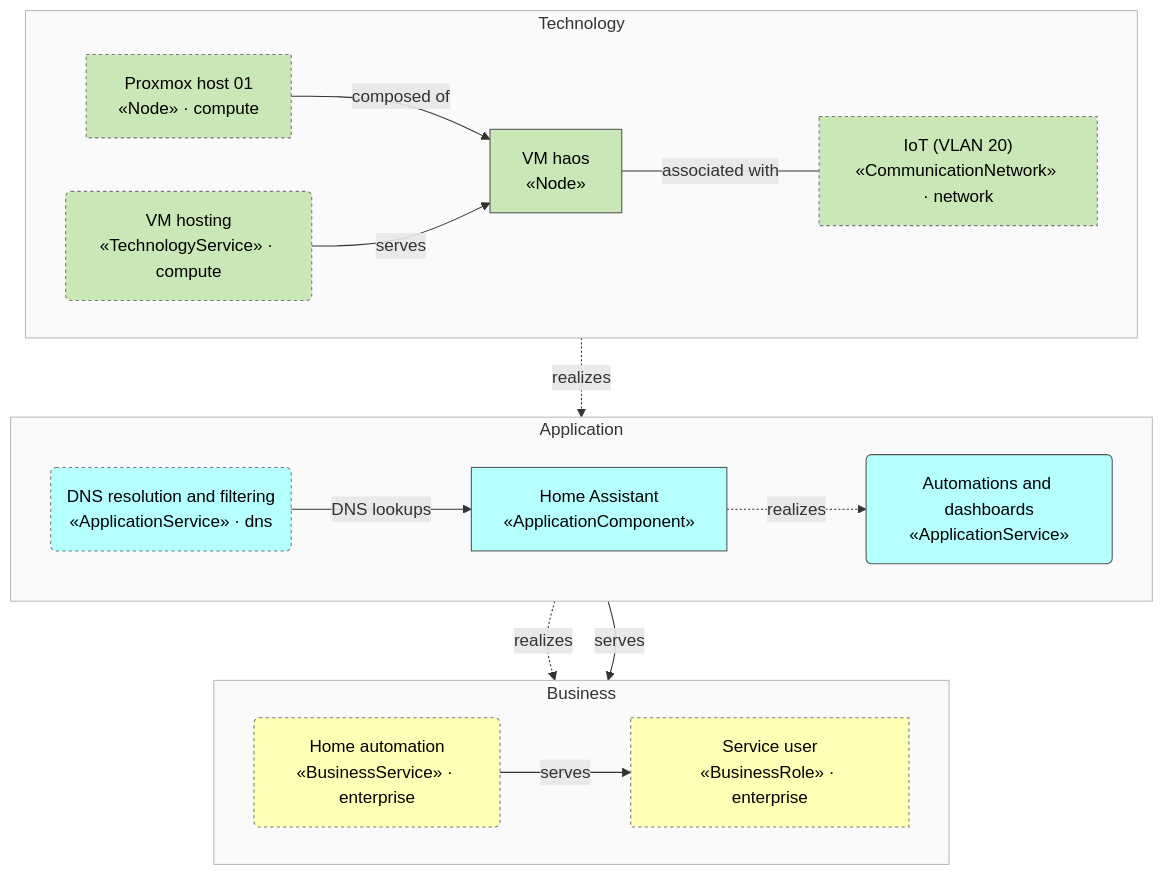
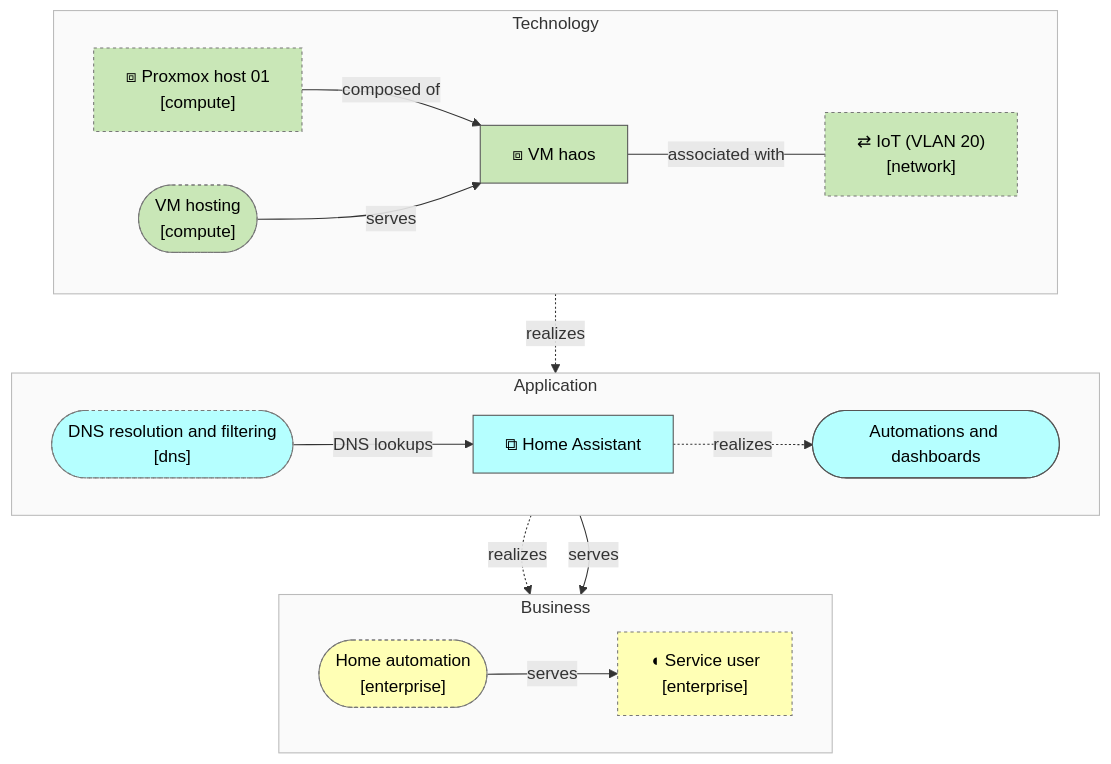
One commit to b-zig/a4m changed the diagram in docs/home-automation/view-overview.md. Above: the diagram before and after it, drawn with Mermaid. The commit also changed other lines of this file and 15 other files, not shown here.

First line of the commit message:
Approximate ArchiMate notation in Mermaid flowcharts

````diff
--- a/docs/home-automation/view-overview.md
+++ b/docs/home-automation/view-overview.md
@@ -6,41 +6,41 @@
 ```mermaid
 flowchart TB
   subgraph layer_business["Business"]
     direction LR
-    enterprise__bus_role_user["Service user<br/>«BusinessRole» · enterprise"]
-    enterprise__bus_svc_automation("Home automation<br/>«BusinessService» · enterprise")
+    enterprise__bus_role_user@{ shape: rect, label: "◖ Service user<br/>[enterprise]" }
+    enterprise__bus_svc_automation@{ shape: stadium, label: "Home automation<br/>[enterprise]" }
   end
   subgraph layer_application["Application"]
     direction LR
-    app_home_assistant["Home Assistant<br/>«ApplicationComponent»"]
-    app_svc_automation("Automations and dashboards<br/>«ApplicationService»")
-    dns__app_svc_dns("DNS resolution and filtering<br/>«ApplicationService» · dns")
+    app_home_assistant@{ shape: rect, label: "⧉ Home Assistant" }
+    app_svc_automation@{ shape: stadium, label: "Automations and dashboards" }
+    dns__app_svc_dns@{ shape: stadium, label: "DNS resolution and filtering<br/>[dns]" }
   end
   subgraph layer_technology["Technology"]
     direction LR
-    tech_vm_haos["VM haos<br/>«Node»"]
-    compute__tech_pve_01["Proxmox host 01<br/>«Node» · compute"]
-    compute__tech_svc_vm_hosting("VM hosting<br/>«TechnologyService» · compute")
-    network__tech_net_iot["IoT (VLAN 20)<br/>«CommunicationNetwork» · network"]
+    tech_vm_haos@{ shape: rect, label: "⧈ VM haos" }
+    compute__tech_pve_01@{ shape: rect, label: "⧈ Proxmox host 01<br/>[compute]" }
+    compute__tech_svc_vm_hosting@{ shape: stadium, label: "VM hosting<br/>[compute]" }
+    network__tech_net_iot@{ shape: rect, label: "⇄ IoT (VLAN 20)<br/>[network]" }
   end
   app_home_assistant -.->|"realizes"| app_svc_automation
   app_svc_automation -.->|"realizes"| enterprise__bus_svc_automation
   app_svc_automation -->|"serves"| enterprise__bus_role_user
   dns__app_svc_dns -->|"DNS lookups"| app_home_assistant
   tech_vm_haos -.->|"realizes"| app_home_assistant
   compute__tech_pve_01 -->|"composed of"| tech_vm_haos
   compute__tech_svc_vm_hosting -->|"serves"| tech_vm_haos
   tech_vm_haos ---|"associated with"| network__tech_net_iot
   enterprise__bus_svc_automation -->|"serves"| enterprise__bus_role_user
   classDef business fill:#FFFFB5,stroke:#555,color:#000
   class enterprise__bus_role_user,enterprise__bus_svc_automation business
   style layer_business fill:#fafafa,stroke:#bbb
   classDef application fill:#B5FFFF,stroke:#555,color:#000
   class app_home_assistant,app_svc_automation,dns__app_svc_dns application
   style layer_application fill:#fafafa,stroke:#bbb
   classDef technology fill:#C9E7B7,stroke:#555,color:#000
   class tech_vm_haos,compute__tech_pve_01,compute__tech_svc_vm_hosting,network__tech_net_iot technology
   style layer_technology fill:#fafafa,stroke:#bbb
   classDef foreign stroke:#777,stroke-dasharray:3 3
   class compute__tech_pve_01,compute__tech_svc_vm_hosting,dns__app_svc_dns,enterprise__bus_role_user,enterprise__bus_svc_automation,network__tech_net_iot foreign
 ```
````
